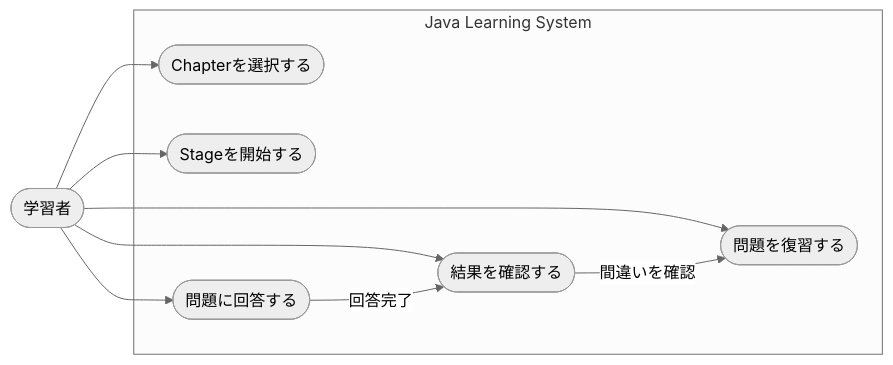
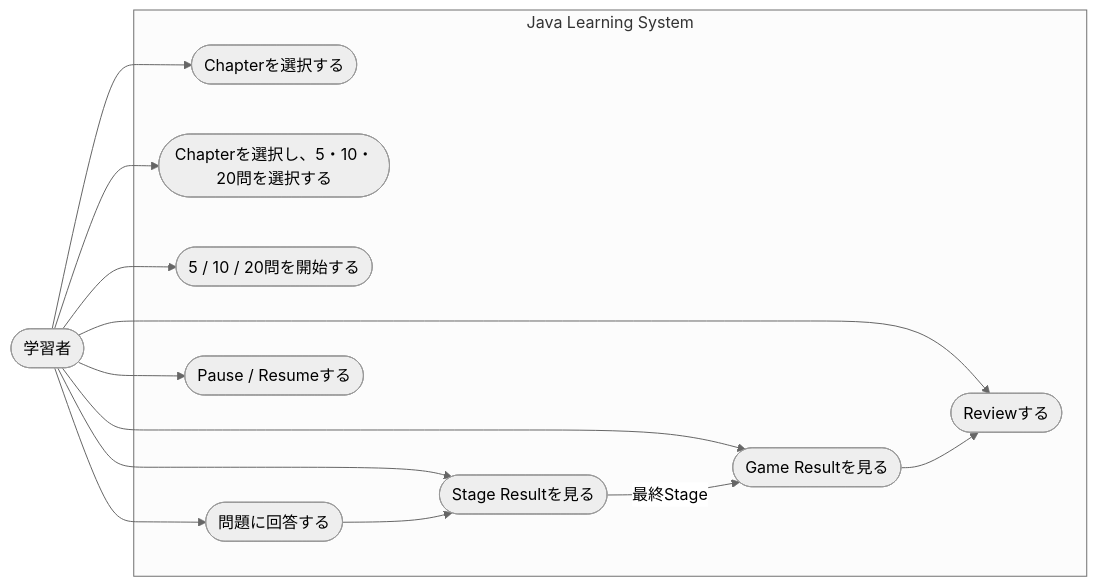
Before and after one commit to suu-dev-0203/graduation_JAVAgame: diagram 18 of 30 in README.md, drawn with Mermaid (neutral theme). The commit also changed other lines of this file, not shown here.

````diff
--- a/README.md
+++ b/README.md
@@ -553,21 +682,29 @@
 ```mermaid
 flowchart LR
     USER([学習者])
 
     subgraph SYSTEM[Java Learning System]
         UC1([Chapterを選択する])
-        UC2([Stageを開始する])
-        UC3([問題に回答する])
-        UC4([結果を確認する])
-        UC5([問題を復習する])
+        UC2([Chapterを選択し、5・10・20問を選択する])
+        UC3([5 / 10 / 20問を開始する])
+        UC4([問題に回答する])
+        UC5([Pause / Resumeする])
+        UC6([Stage Resultを見る])
+        UC7([Game Resultを見る])
+        UC8([Reviewする])
     end
 
     USER --> UC1
     USER --> UC2
     USER --> UC3
     USER --> UC4
     USER --> UC5
+    USER --> UC6
+    USER --> UC7
+    USER --> UC8
 
-    UC3 -->|回答完了| UC4
-    UC4 -->|間違いを確認| UC5
+    UC4 --> UC6
+    UC6 -->|最終Stage| UC7
+    UC7 --> UC8
+
 ```
````
